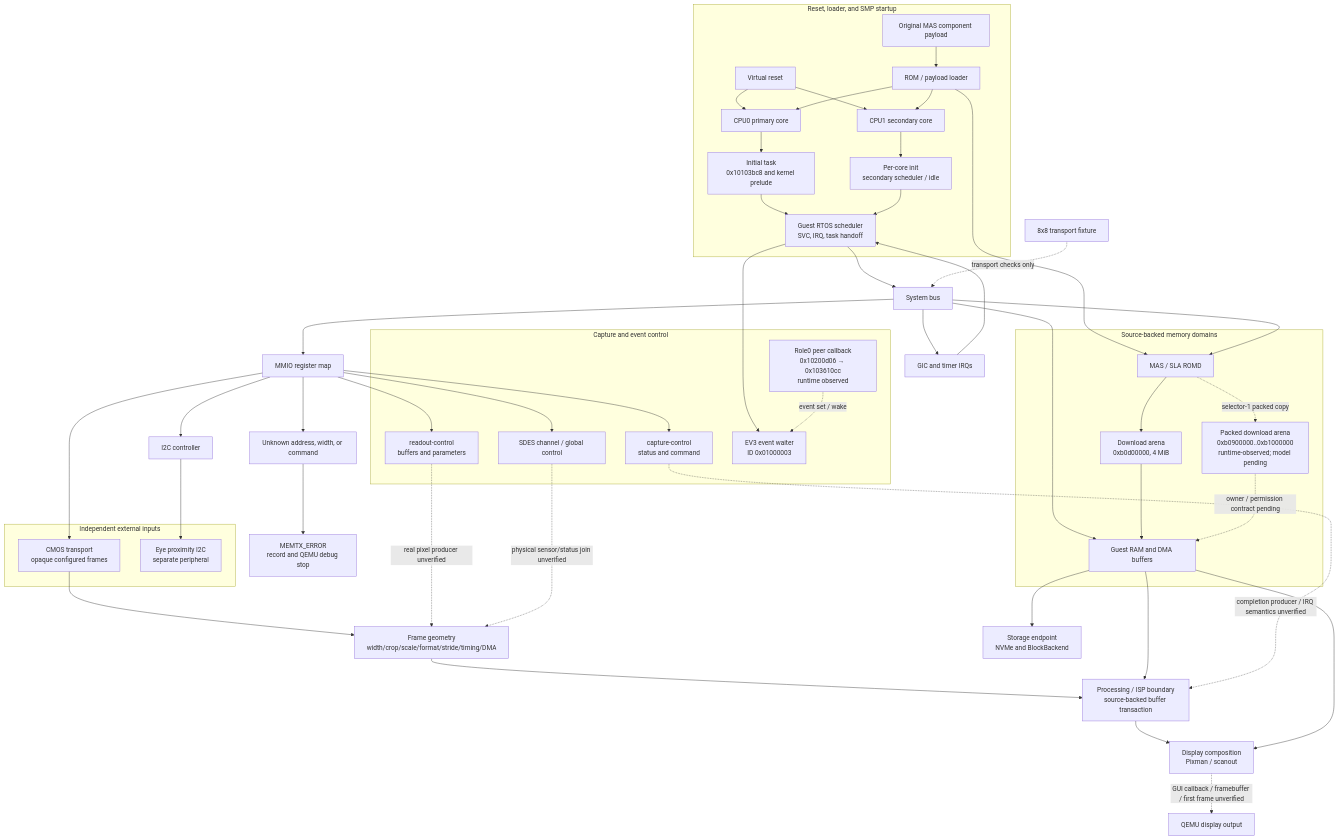
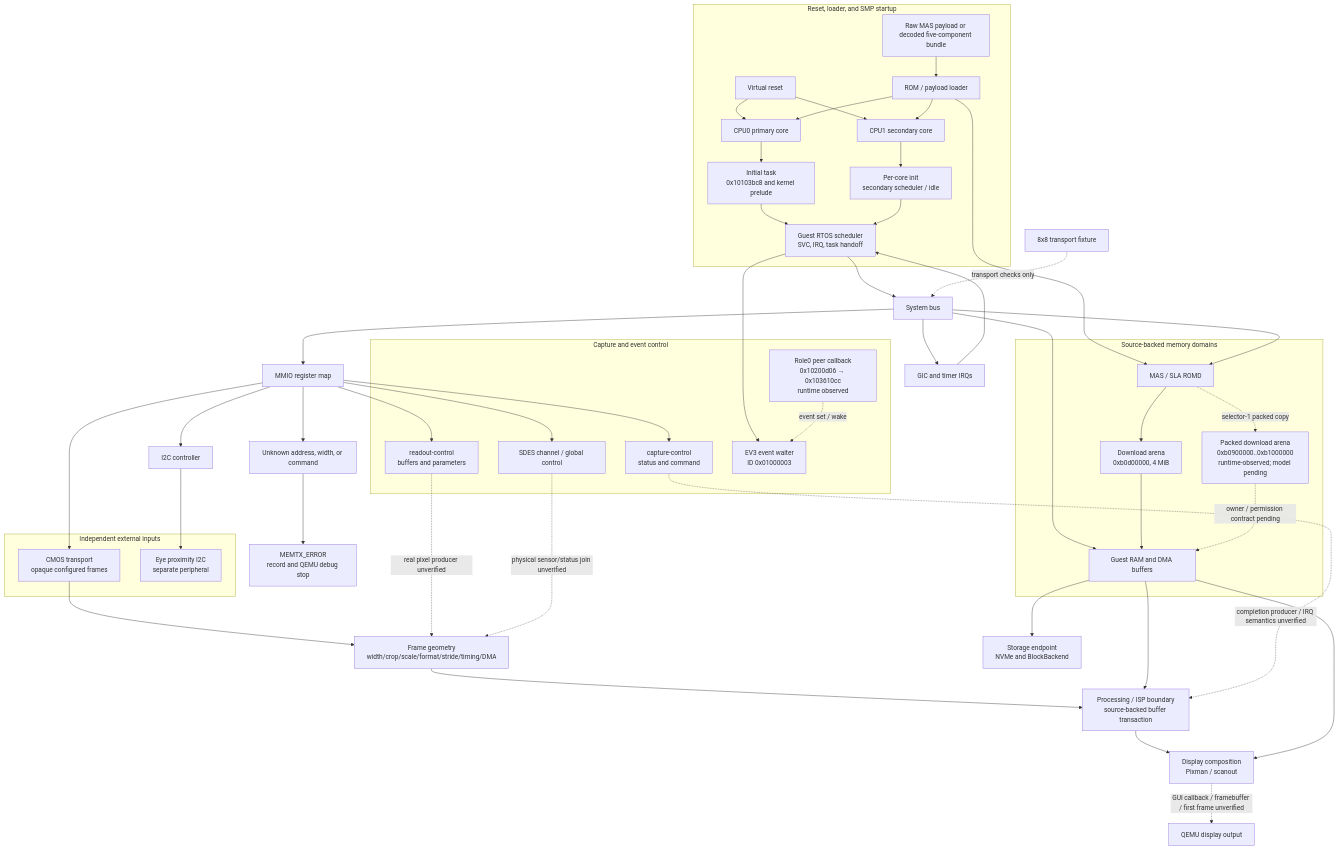
The diagram in README.md (nightglasses/z7ii-qemu), drawn with Mermaid before and after one commit. The commit also changed other lines of this file, not shown here.

Commit message:
docs: explain combined bundle and component inputs

````diff
--- a/README.md
+++ b/README.md
@@ -37,70 +59,70 @@
 ```mermaid
 flowchart TD
   subgraph Boot[Reset, loader, and SMP startup]
-    Payload[Original MAS component payload] --> Loader[ROM / payload loader]
+    Payload[Raw MAS payload or decoded five-component bundle] --> Loader[ROM / payload loader]
     Reset[Virtual reset] --> CPU0[CPU0 primary core]
     Reset --> CPU1[CPU1 secondary core]
     Loader --> CPU0
     Loader --> CPU1
     CPU0 --> Primary[Initial task\n0x10103bc8 and kernel prelude]
     CPU1 --> Secondary[Per-core init\nsecondary scheduler / idle]
     Primary --> RTOS[Guest RTOS scheduler\nSVC, IRQ, task handoff]
     Secondary --> RTOS
   end
 
   RTOS --> Bus[System bus]
   Bus --> MMIO[MMIO register map]
   Bus --> IRQ[GIC and timer IRQs]
   IRQ --> RTOS
 
   subgraph Memory[Source-backed memory domains]
     ROMD[MAS / SLA ROMD]
     Download0[Download arena\n0xb0d00000, 4 MiB]
     Download1[Packed download arena\n0xb0900000..0xb1000000\nruntime-observed; model pending]
     GuestRAM[Guest RAM and DMA buffers]
   end
   Loader --> ROMD
   Bus --> ROMD
   Bus --> GuestRAM
   ROMD --> Download0
   ROMD -. selector-1 packed copy .-> Download1
   Download0 --> GuestRAM
   Download1 -. owner / permission contract pending .-> GuestRAM
 
   subgraph Inputs[Independent external inputs]
     CMOS[CMOS transport\nopaque configured frames]
     Eye[Eye proximity I2C\nseparate peripheral]
   end
   MMIO --> CMOS
   MMIO --> I2C[I2C controller]
   I2C --> Eye
 
   subgraph Control[Capture and event control]
     SDES[SDES channel / global control]
     Capture[capture-control\nstatus and command]
     Readout[readout-control\nbuffers and parameters]
     EV3[EV3 event waiter\nID 0x01000003]
     Peer[Role0 peer callback\n0x10200d06 → 0x103610cc\nruntime observed]
   end
   MMIO --> SDES
   MMIO --> Capture
   MMIO --> Readout
   RTOS --> EV3
   Peer -. event set / wake .-> EV3
 
   CMOS --> Geometry[Frame geometry\nwidth/crop/scale/format/stride/timing/DMA]
   Geometry --> Process[Processing / ISP boundary\nsource-backed buffer transaction]
   Process --> Compose[Display composition\nPixman / scanout]
   GuestRAM --> Process
   GuestRAM --> Compose
   GuestRAM --> Save[Storage endpoint\nNVMe and BlockBackend]
 
   Readout -. real pixel producer unverified .-> Geometry
   Capture -. completion producer / IRQ semantics unverified .-> Process
   SDES -. physical sensor/status join unverified .-> Geometry
   Compose -. GUI callback / framebuffer / first frame unverified .-> Display[QEMU display output]
 
   MMIO --> Unknown[Unknown address, width, or command]
   Unknown --> Stop[MEMTX_ERROR\nrecord and QEMU debug stop]
   Fixture[8x8 transport fixture] -. transport checks only .-> Bus
 ```
````
